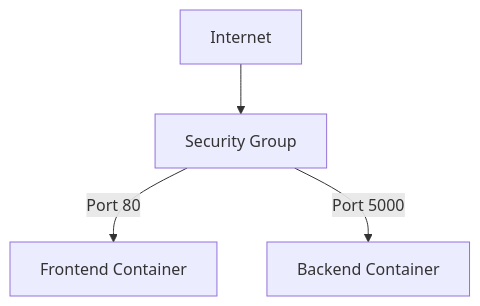
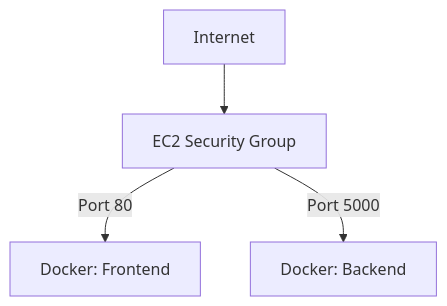
One commit to gokstadakademiet/cloud-2025 changed the sixth of 6 diagrams in uke_2/md/veiledet-oppgave/response_1.md. Above: the diagram before and after it, drawn with Mermaid. The commit also changed other lines of this file and 8 other files, not shown here.

````diff
--- a/uke_2/md/veiledet-oppgave/response_1.md
+++ b/uke_2/md/veiledet-oppgave/response_1.md
@@ -484,6 +764,7 @@
 ```mermaid
+%%{init: {'theme': 'default', 'themeVariables': { 'fontSize': '16px'}}}%%
 graph TD
-    A[Internet] --> B[Security Group]
-    B -->|Port 80| C[Frontend Container]
-    B -->|Port 5000| D[Backend Container]
+    A[Internet] --> B[EC2 Security Group]
+    B -->|Port 80| C[Docker: Frontend]
+    B -->|Port 5000| D[Docker: Backend]
 ```
````
